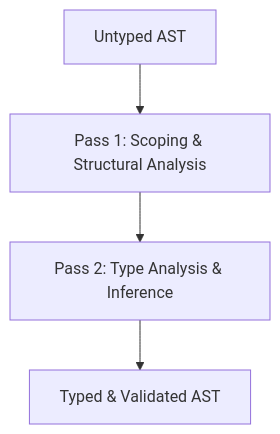
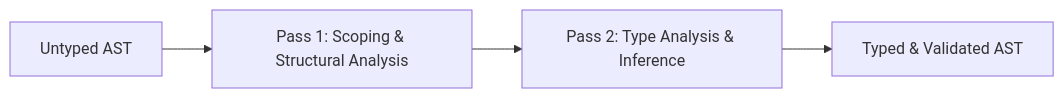
One commit to SarthakMakhija/infer changed the diagram in docs/Semantic_Analysis_Rules.md. Above: the diagram before and after it, drawn with Mermaid.

Commit message:
Sarthak | Updates Semantic_Analysis_Rules

````diff
--- a/docs/Semantic_Analysis_Rules.md
+++ b/docs/Semantic_Analysis_Rules.md
@@ -10,6 +10,6 @@
 ```mermaid
-graph TD
+graph LR
     AST[Untyped AST] --> Pass1[Pass 1: Scoping & Structural Analysis]
     Pass1 --> Pass2[Pass 2: Type Analysis & Inference]
     Pass2 --> TypedAST[Typed & Validated AST]
 ```
````
